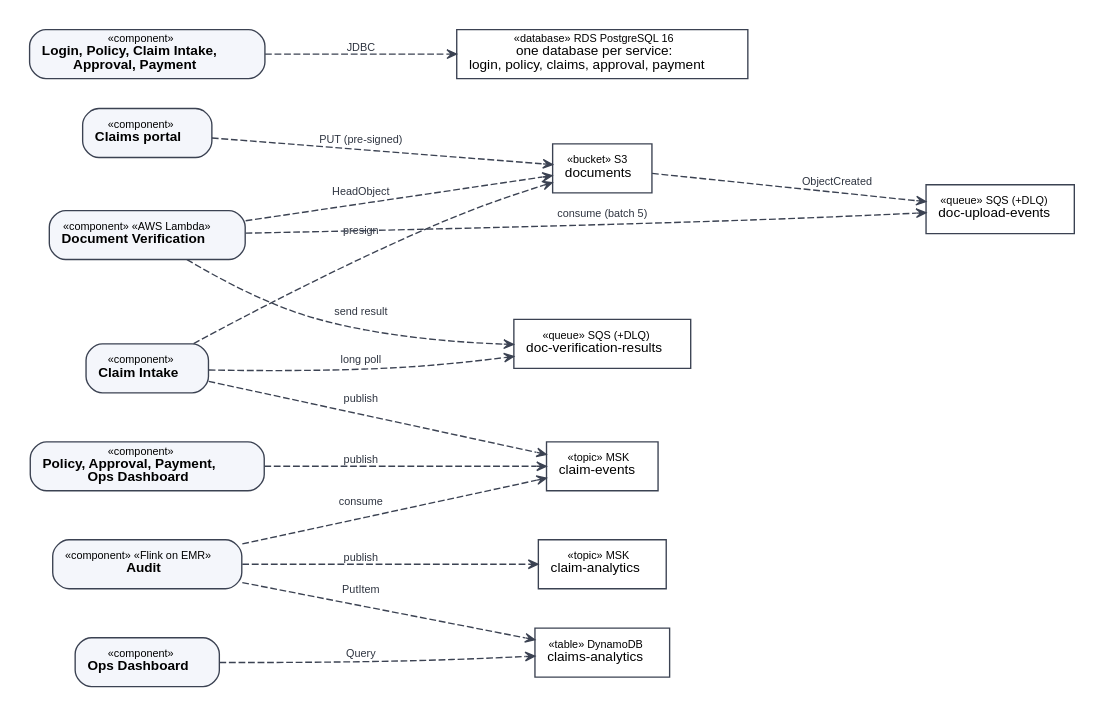
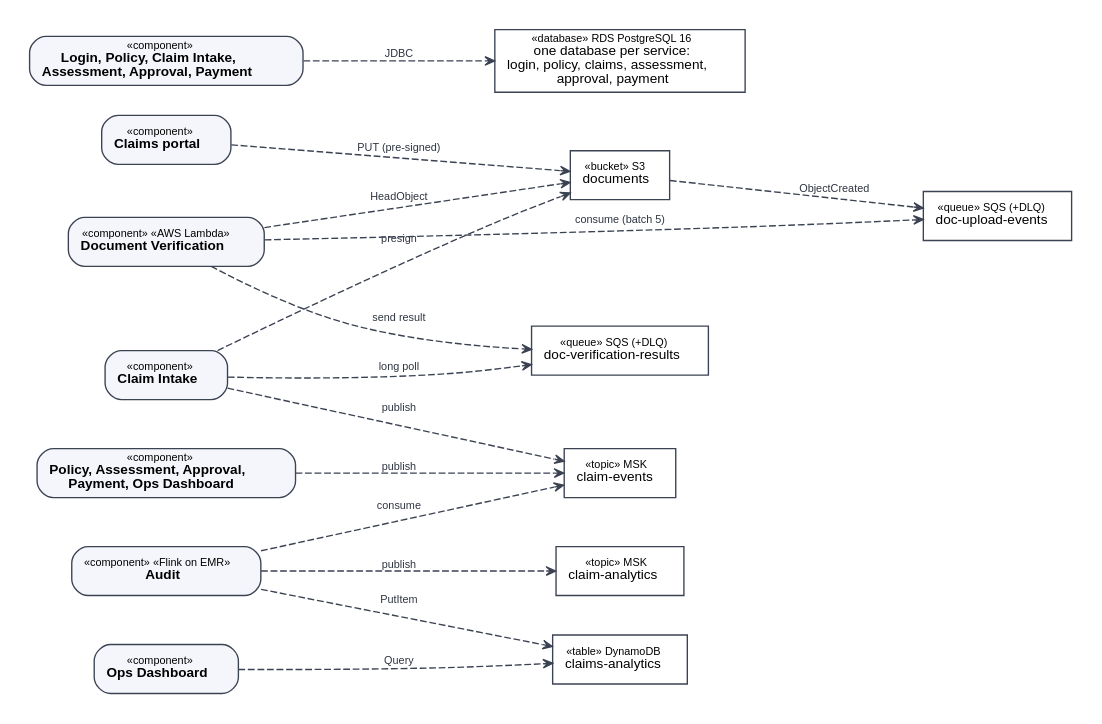
One commit to Krisha-cmd/Insurance-claim changed the diagram in docs/diagrams/src/component-data.dot. Above: the diagram before and after it, drawn with Graphviz. The commit also changed 56 other files, not shown here.

```diff
--- a/docs/diagrams/src/component-data.dot
+++ b/docs/diagrams/src/component-data.dot
@@ -1,37 +1,37 @@
 // UML component diagram, part 2: data stores and asynchronous paths (S3, SQS, Kafka, DynamoDB). Also replaces the
 // data/messaging half of diagrams/architecture-diagram.svg. Dependencies are dashed with open arrowheads.
 digraph G {
   graph [rankdir=TB, fontname="Helvetica", fontsize=11, nodesep=0.3, ranksep=0.7, pad=0.2, newrank=true];
   node  [shape=box, style="rounded,filled", fillcolor="#f4f6fb", color="#3b4252", fontname="Helvetica", fontsize=10, margin="0.12,0.06"];
   edge  [style=dashed, arrowhead=vee, arrowsize=0.7, color="#3b4252", fontname="Helvetica", fontsize=8, fontcolor="#2e3440"];
   graph [rankdir=LR, ranksep=1.0];
   spa    [label=<<font point-size="8">«component»</font><br/><b>Claims portal</b>>];
   intake [label=<<font point-size="8">«component»</font><br/><b>Claim Intake</b>>];
   lambda [label=<<font point-size="8">«component» «AWS Lambda»</font><br/><b>Document Verification</b>>];
-  pubs   [label=<<font point-size="8">«component»</font><br/><b>Policy, Approval, Payment,<br/>Ops Dashboard</b>>];
+  pubs   [label=<<font point-size="8">«component»</font><br/><b>Policy, Assessment, Approval,<br/>Payment, Ops Dashboard</b>>];
   flink  [label=<<font point-size="8">«component» «Flink on EMR»</font><br/><b>Audit</b>>];
   ops    [label=<<font point-size="8">«component»</font><br/><b>Ops Dashboard</b>>];
-  svcdb  [label=<<font point-size="8">«component»</font><br/><b>Login, Policy, Claim Intake,<br/>Approval, Payment</b>>];
+  svcdb  [label=<<font point-size="8">«component»</font><br/><b>Login, Policy, Claim Intake,<br/>Assessment, Approval, Payment</b>>];
   node [style="filled", fillcolor="#ffffff"];
   s3  [label=<<font point-size="8">«bucket» S3</font><br/>documents>];
   q1  [label=<<font point-size="8">«queue» SQS (+DLQ)</font><br/>doc-upload-events>];
   q2  [label=<<font point-size="8">«queue» SQS (+DLQ)</font><br/>doc-verification-results>];
   kev [label=<<font point-size="8">«topic» MSK</font><br/>claim-events>];
   kan [label=<<font point-size="8">«topic» MSK</font><br/>claim-analytics>];
   ddb [label=<<font point-size="8">«table» DynamoDB</font><br/>claims-analytics>];
-  rds [label=<<font point-size="8">«database» RDS PostgreSQL 16</font><br/>one database per service:<br/>login, policy, claims, approval, payment>];
+  rds [label=<<font point-size="8">«database» RDS PostgreSQL 16</font><br/>one database per service:<br/>login, policy, claims, assessment,<br/>approval, payment>];
   spa -> s3 [label="PUT (pre-signed)"];
   intake -> s3 [label="presign"];
   s3 -> q1 [label="ObjectCreated"];
   lambda -> q1 [label="consume (batch 5)"];
   lambda -> s3 [label="HeadObject"];
   lambda -> q2 [label="send result"];
   intake -> q2 [label="long poll"];
   intake -> kev [label="publish"];
   pubs -> kev [label="publish"];
   flink -> kev [label="consume"];
   flink -> kan [label="publish"];
   flink -> ddb [label="PutItem"];
   ops -> ddb [label="Query"];
   svcdb -> rds [label="JDBC"];
 }
```
